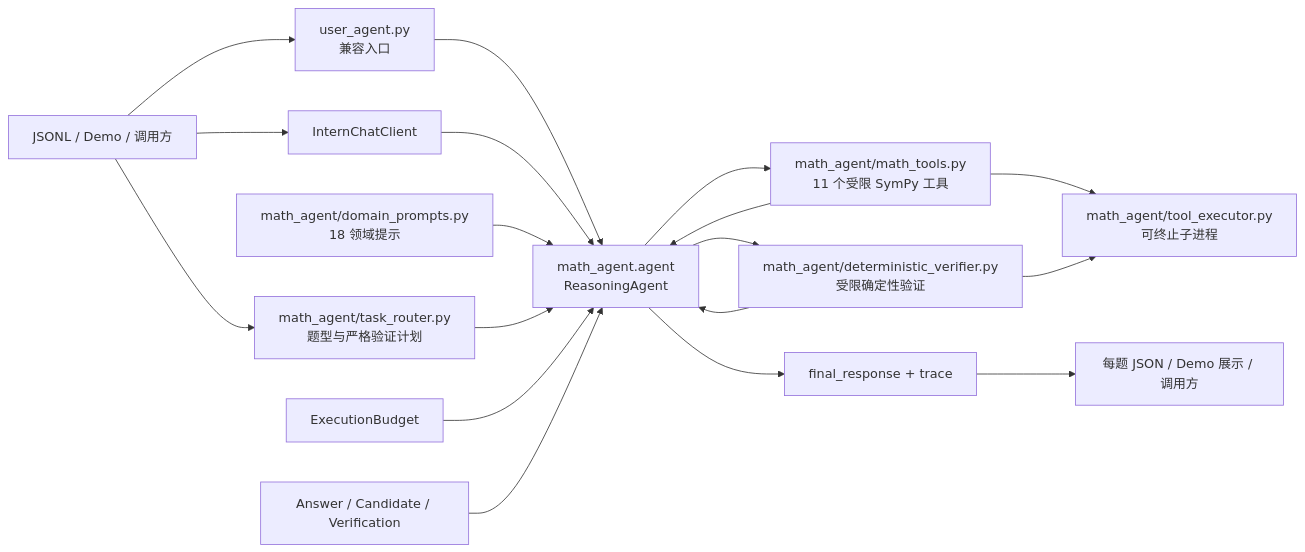
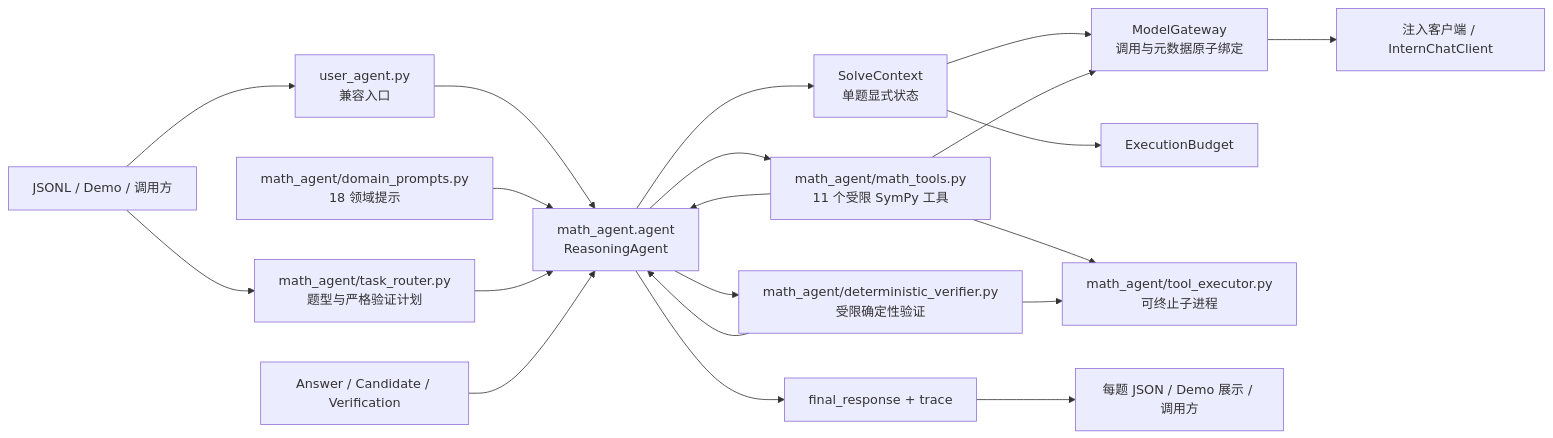
Before and after one commit to huangchen725/math_agent: the diagram in ARCHITECTURE.md, drawn with Mermaid. The commit also changed other lines of this file and 19 other files, not shown here.

````diff
--- a/ARCHITECTURE.md
+++ b/ARCHITECTURE.md
@@ -29,20 +29,22 @@
 ```mermaid
 flowchart LR
     I[JSONL / Demo / 调用方] --> F[user_agent.py<br/>兼容入口]
     F --> A[math_agent.agent<br/>ReasoningAgent]
-    I --> C[InternChatClient]
-    C --> A
+    A --> X[SolveContext<br/>单题显式状态]
+    X --> G[ModelGateway<br/>调用与元数据原子绑定]
+    G --> C[注入客户端 / InternChatClient]
     D[math_agent/domain_prompts.py<br/>18 领域提示] --> A
     I --> Q[math_agent/task_router.py<br/>题型与严格验证计划]
     Q --> A
-    B[ExecutionBudget] --> A
+    X --> B[ExecutionBudget]
     A --> T[math_agent/math_tools.py<br/>11 个受限 SymPy 工具]
+    T --> G
     T --> P[math_agent/tool_executor.py<br/>可终止子进程]
     T --> A
     A --> V[math_agent/deterministic_verifier.py<br/>受限确定性验证]
     V --> P
     V --> A
     E[Answer / Candidate / Verification] --> A
     A --> R[final_response + trace]
     R --> O[每题 JSON / Demo 展示 / 调用方]
 ```
````
